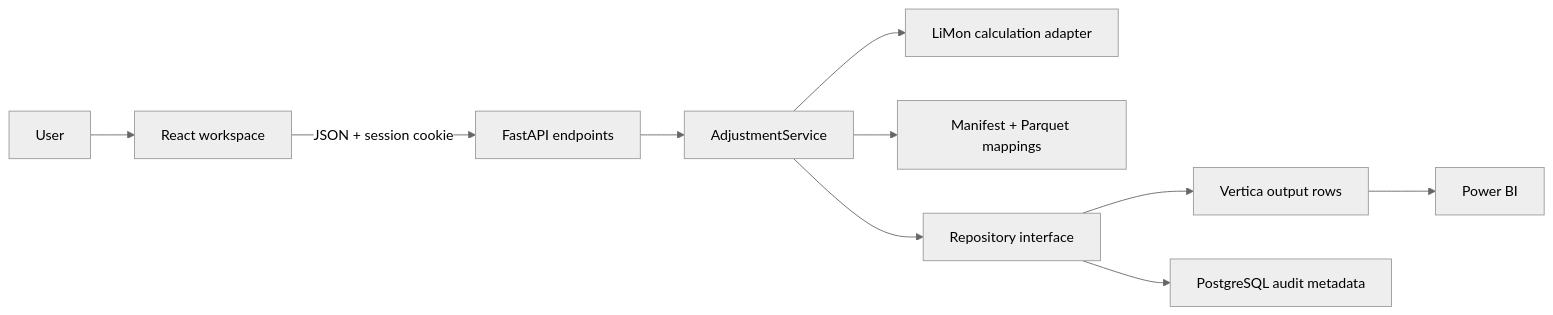
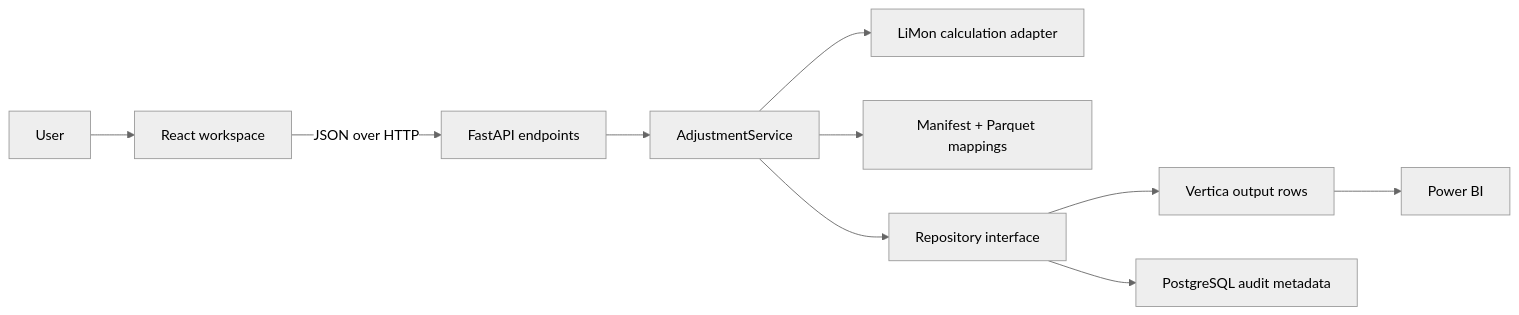
The first of 5 diagrams in README.md (younesszaim/ajustement), drawn with Mermaid (neutral theme) before and after one commit. The commit also changed other lines of this file and 31 other files, not shown here.

````diff
--- a/README.md
+++ b/README.md
@@ -342,12 +322,12 @@
 ```mermaid
 flowchart LR
     User["User"] --> UI["React workspace"]
-    UI -->|"JSON + session cookie"| API["FastAPI endpoints"]
+    UI -->|"JSON over HTTP"| API["FastAPI endpoints"]
     API --> Domain["AdjustmentService"]
     Domain --> Calc["LiMon calculation adapter"]
     Domain --> Map["Manifest + Parquet mappings"]
     Domain --> Repo["Repository interface"]
     Repo --> Output["Vertica output rows"]
     Repo --> Meta["PostgreSQL audit metadata"]
     Output --> BI["Power BI"]
 ```
````
